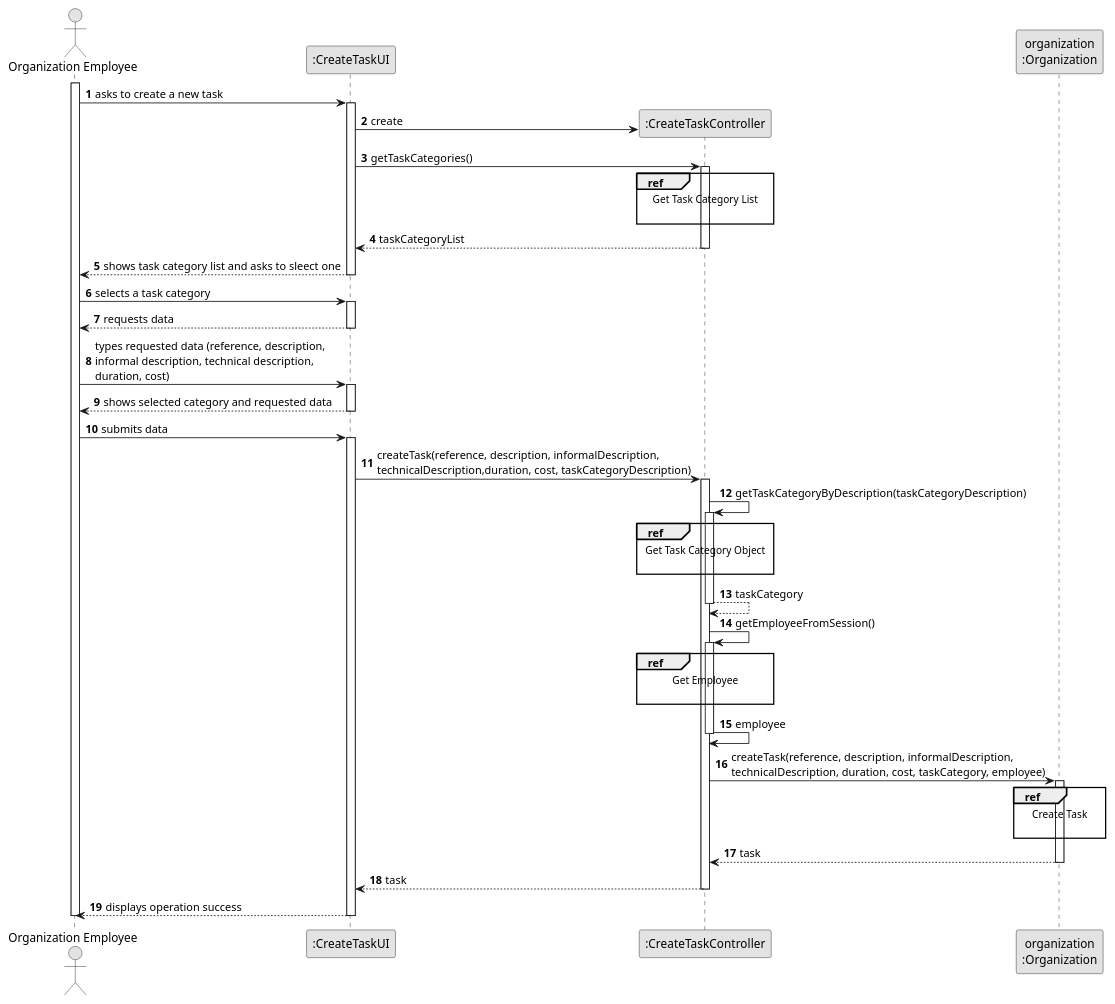
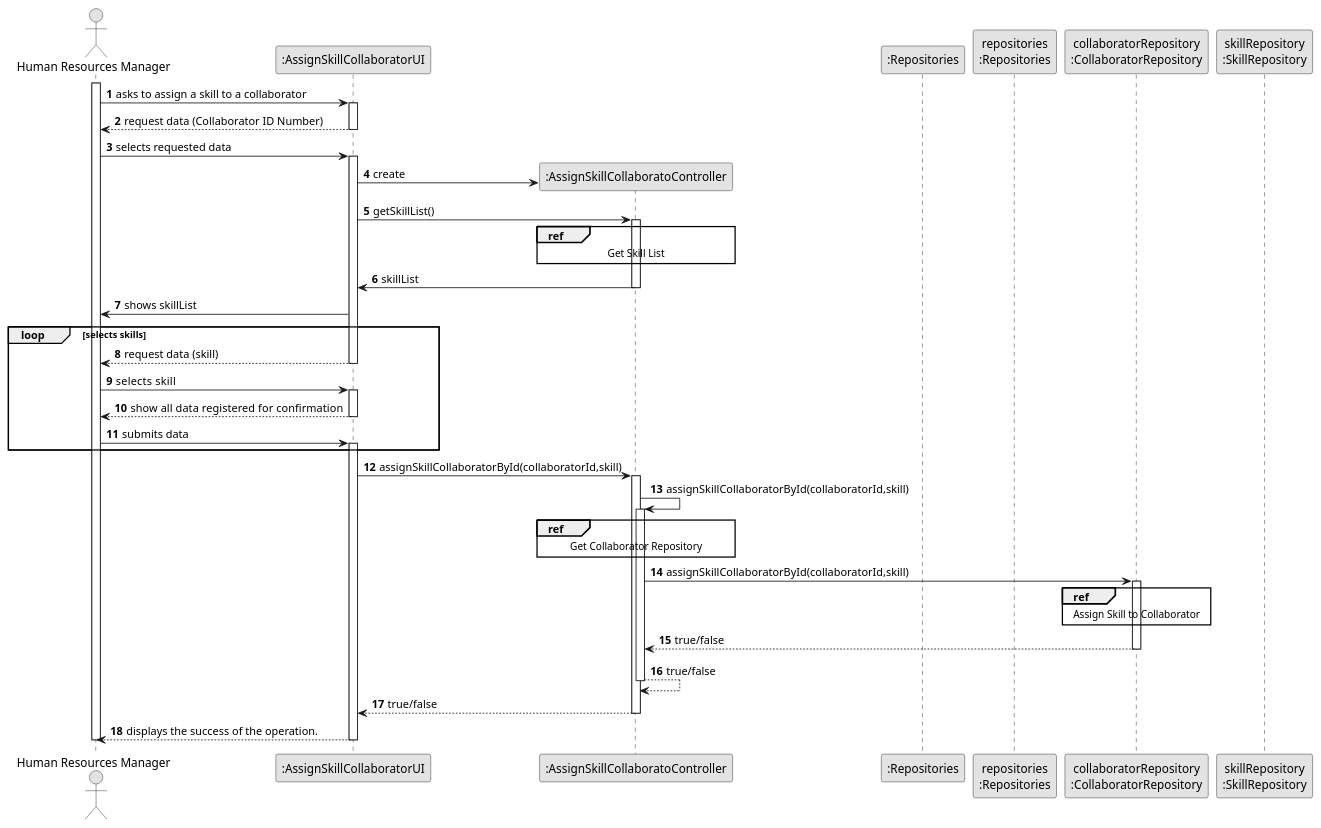
Before and after one commit to SAEmanuel/Green_Spaces_Management_ISEP: the diagram in docs/sprintB/us004/03.design/puml/us004-sequence-diagram-split.puml, drawn with PlantUML. The commit also changed 19 other files, not shown here.

Commit message:
US004 - design (all diagrams) v2.2.0

```diff
--- a/docs/sprintB/us004/03.design/puml/us004-sequence-diagram-split.puml
+++ b/docs/sprintB/us004/03.design/puml/us004-sequence-diagram-split.puml
@@ -1,92 +1,110 @@
 @startuml
 skinparam monochrome true
 skinparam packageStyle rectangle
 skinparam shadowing false
 
 autonumber
 
 'hide footbox
-actor "Organization Employee" as ADM
-participant ":CreateTaskUI" as UI
-participant ":CreateTaskController" as CTRL
-participant "organization\n:Organization" as ORG
+actor "Human Resources Manager" as HRM
+participant ":AssignSkillCollaboratorUI" as UI
+participant ":AssignSkillCollaboratoController" as CTRL
+participant ":Repositories" as RepositorySingleton
+participant "repositories\n:Repositories" as PLAT
+participant "collaboratorRepository\n:CollaboratorRepository" as collaboratorRepository
+participant "skillRepository\n:SkillRepository" as skillRepository
 
-activate ADM
+activate HRM
 
-    ADM -> UI : asks to create a new task
+        HRM -> UI : asks to assign a skill to a collaborator
 
-    activate UI
+
+        activate UI
+
+        UI --> HRM : request data (Collaborator ID Number)
+        deactivate UI
+
+
+        HRM -> UI : selects requested data
+        activate UI
 
         UI -> CTRL** : create
-        UI -> CTRL : getTaskCategories()
-        ref over CTRL
-            Get Task Category List
 
-        end ref
-
+        UI -> CTRL : getSkillList()
         activate CTRL
 
-            CTRL --> UI : taskCategoryList
-        deactivate CTRL
 
-        UI --> ADM : shows task category list and asks to sleect one
-    deactivate UI
+        ref over CTRL
+            Get Skill List
+        end
 
-    ADM -> UI : selects a task category
-    activate UI
+            CTRL -> UI :  skillList
+            deactivate CTRL
+            UI -> HRM : shows skillList
 
-        UI --> ADM : requests data
-    deactivate UI
 
-    ADM -> UI : types requested data (reference, description,\ninformal description, technical description,\nduration, cost)
-    activate UI
 
-        UI --> ADM : shows selected category and requested data
-    deactivate UI
 
-    ADM -> UI : submits data
-    activate UI
 
-        UI -> CTRL : createTask(reference, description, informalDescription,\ntechnicalDescription,duration, cost, taskCategoryDescription)
-        activate CTRL
 
-            CTRL -> CTRL : getTaskCategoryByDescription(taskCategoryDescription)
+    loop selects skills
+
+        UI --> HRM : request data (skill)
+        deactivate UI
+
+
+        HRM -> UI : selects  skill
+        activate UI
+
+
+        UI --> HRM : show all data registered  for confirmation
+        deactivate UI
+
+        HRM -> UI : submits data
+            activate UI
+    end
+
+
+
+
+
+
+
+            UI -> CTRL : assignSkillCollaboratorById(collaboratorId,skill)
             activate CTRL
 
-                ref over CTRL
-                    Get Task Category Object
 
-                end ref
+            CTRL -> CTRL : assignSkillCollaboratorById(collaboratorId,skill)
+                    activate CTRL
 
-                CTRL --> CTRL : taskCategory
-            deactivate CTRL
+                        ref over CTRL
+                            Get Collaborator Repository
+                        end
 
-            CTRL -> CTRL : getEmployeeFromSession()
-            activate CTRL
 
-                ref over CTRL
-                    Get Employee
+                        CTRL -> collaboratorRepository : assignSkillCollaboratorById(collaboratorId,skill)
+                        activate collaboratorRepository
 
-                end ref
-                CTRL -> CTRL : employee
-            deactivate CTRL
 
-            CTRL -> ORG: createTask(reference, description, informalDescription,\ntechnicalDescription, duration, cost, taskCategory, employee)
-            activate ORG
 
-                ref over ORG
-                    Create Task
+                        ref over collaboratorRepository
+                            Assign Skill to Collaborator
+                        end
 
-                end
+                        collaboratorRepository --> CTRL : true/false
+                        deactivate collaboratorRepository
 
-                ORG --> CTRL : task
-            deactivate ORG
+                        CTRL --> CTRL : true/false
+                        deactivate CTRL
 
-            CTRL --> UI: task
-            deactivate CTRL
-            UI --> ADM: displays operation success
-    deactivate UI
 
-deactivate ADM
+
+
+                CTRL --> UI: true/false
+                deactivate CTRL
+                UI --> HRM: displays the success of the operation.
+
+        deactivate UI
+    deactivate HRM
 
 @enduml
```
